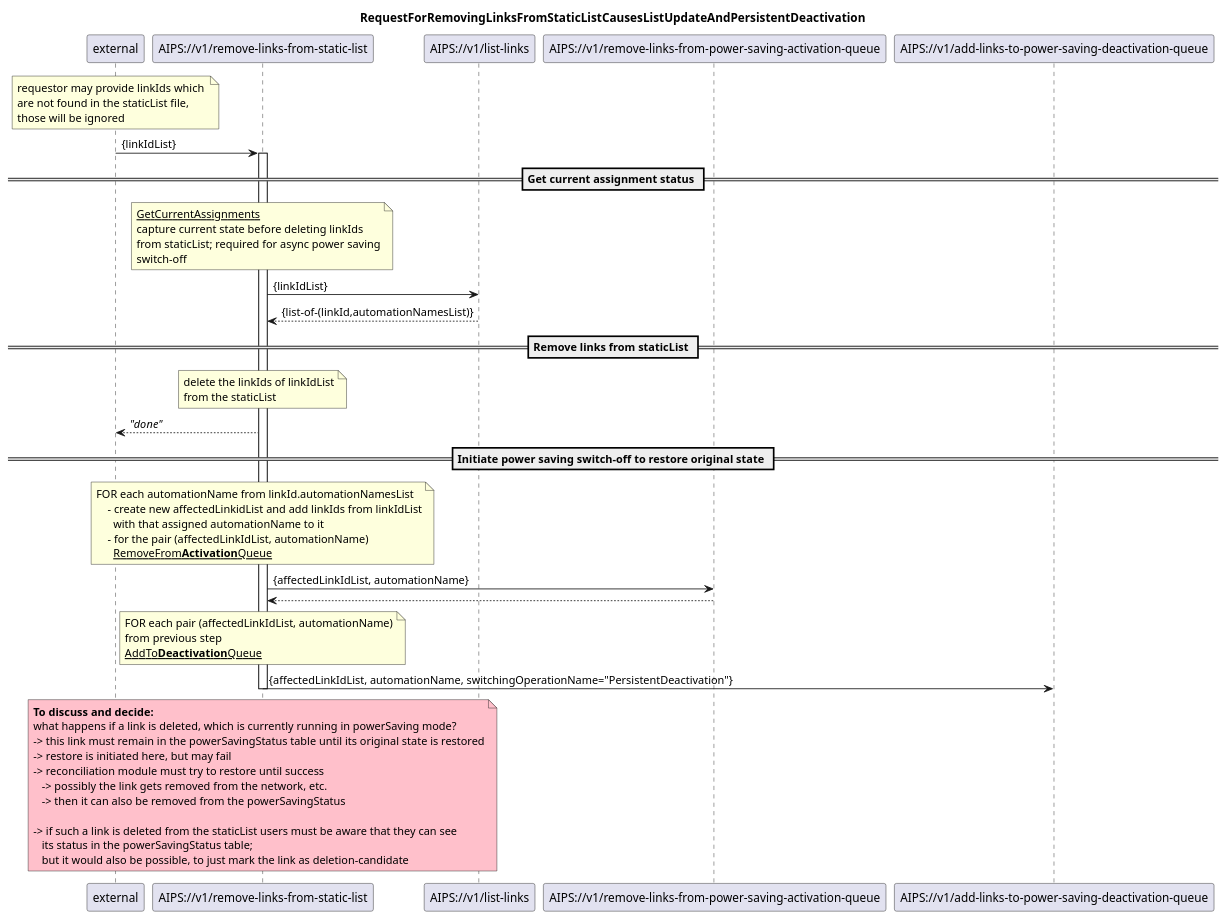
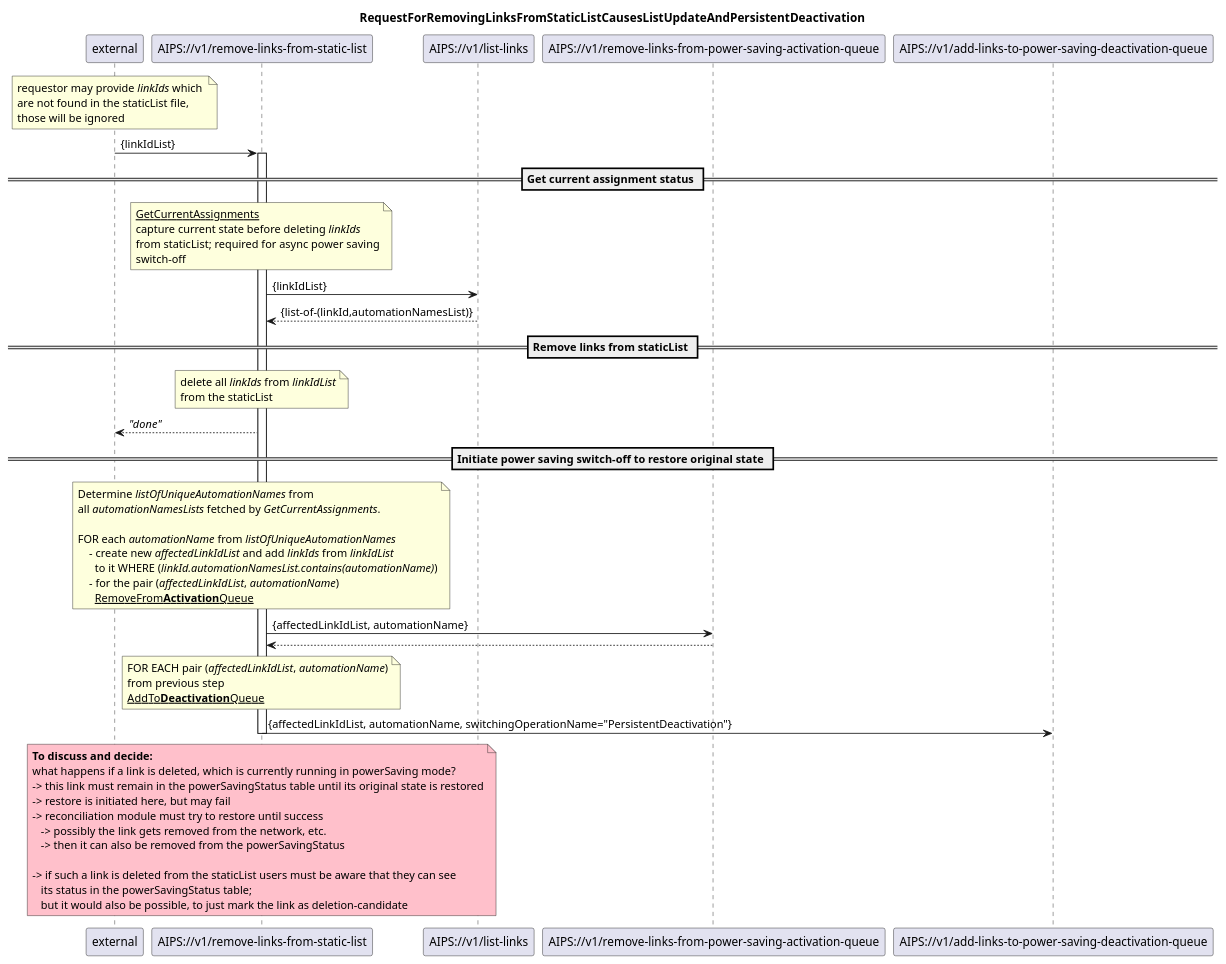
Before and after one commit to openBackhaul/AirInterfacePowerSaver: the diagram in spec/diagrams/01_AutomationManagement/b_complex services (initate restore)/102_removeLinksFromStaticList.plantuml, drawn with PlantUML. The commit also changed 3 other files, not shown here.

Commit message:
Module 01 diagrams updated

```diff
--- a/spec/diagrams/01_AutomationManagement/b_complex services (initate restore)/102_removeLinksFromStaticList.plantuml
+++ b/spec/diagrams/01_AutomationManagement/b_complex services (initate restore)/102_removeLinksFromStaticList.plantuml
@@ -1,82 +1,85 @@
 @startuml 102_removeLinksFromStaticList
 skinparam responseMessageBelowArrow true
 
 title
 RequestForRemovingLinksFromStaticListCausesListUpdateAndPersistentDeactivation
 end title
 
 participant "external" as requestor
 participant "AIPS://v1/remove-links-from-static-list" as removeLinks
 participant "AIPS://v1/list-links" as listLinks
 participant "AIPS://v1/remove-links-from-power-saving-activation-queue" as stopSimpleActivation
 participant "AIPS://v1/add-links-to-power-saving-deactivation-queue" as startPersistentDeactivation
 
 note over requestor
-  requestor may provide linkIds which 
+  requestor may provide <i>linkIds</i> which 
   are not found in the staticList file,
   those will be ignored
 end note
 
 requestor -> removeLinks: {linkIdList}
 activate removeLinks
 
 == Get current assignment status ==
 
 'get current assignments from staticList
 note over removeLinks
   <u>GetCurrentAssignments</u>
-  capture current state before deleting linkIds
+  capture current state before deleting <i>linkIds</i>
   from staticList; required for async power saving
   switch-off
 end note
 removeLinks -> listLinks: {linkIdList}
 listLinks --> removeLinks: {list-of-(linkId,automationNamesList)}
 
 == Remove links from staticList ==
 
 'update staticList by deleting the linkIdList links
 note over removeLinks
-  delete the linkIds of linkIdList
+  delete all <i>linkIds</i> from <i>linkIdList</i>
   from the staticList
 end note
 removeLinks --> requestor: <i>"done"</i>
 
 == Initiate power saving switch-off to restore original state ==
 
 'stop ongoing/planned power saving
 note over removeLinks
-    FOR each automationName from linkId.automationNamesList
-        - create new affectedLinkidList and add linkIds from linkIdList
-          with that assigned automationName to it
-        - for the pair (affectedLinkIdList, automationName)
+    Determine <i>listOfUniqueAutomationNames</i> from 
+    all <i>automationNamesLists</i> fetched by <i>GetCurrentAssignments</i>.
+
+    FOR each <i>automationName</i> from <i>listOfUniqueAutomationNames</i> 
+        - create new <i>affectedLinkIdList</i> and add <i>linkIds</i> from <i>linkIdList</i>
+          to it WHERE (<i>linkId.automationNamesList.contains(automationName)</i>)
+        - for the pair (<i>affectedLinkIdList</i>, <i>automationName</i>)
           <u>RemoveFrom<b>Activation</b>Queue</u>
 end note
 removeLinks -> stopSimpleActivation: {affectedLinkIdList, automationName}
 stopSimpleActivation --> removeLinks
 
 'initiate persistentDeactivation to turn power saving off
 note over removeLinks
-  FOR each pair (affectedLinkIdList, automationName)
+  FOR EACH pair (<i>affectedLinkIdList</i>, <i>automationName</i>)
   from previous step
   <u>AddTo<b>Deactivation</b>Queue</u>
 end note
 removeLinks -> startPersistentDeactivation: {affectedLinkIdList, automationName, switchingOperationName="PersistentDeactivation"}
 
 
 note over removeLinks #pink
   <b>To discuss and decide:</b>
   what happens if a link is deleted, which is currently running in powerSaving mode?
   -> this link must remain in the powerSavingStatus table until its original state is restored
   -> restore is initiated here, but may fail
   -> reconciliation module must try to restore until success
      -> possibly the link gets removed from the network, etc.
      -> then it can also be removed from the powerSavingStatus
 
   -> if such a link is deleted from the staticList users must be aware that they can see
      its status in the powerSavingStatus table;
      but it would also be possible, to just mark the link as deletion-candidate
 end note
 
 deactivate removeLinks
 
 @enduml
```
